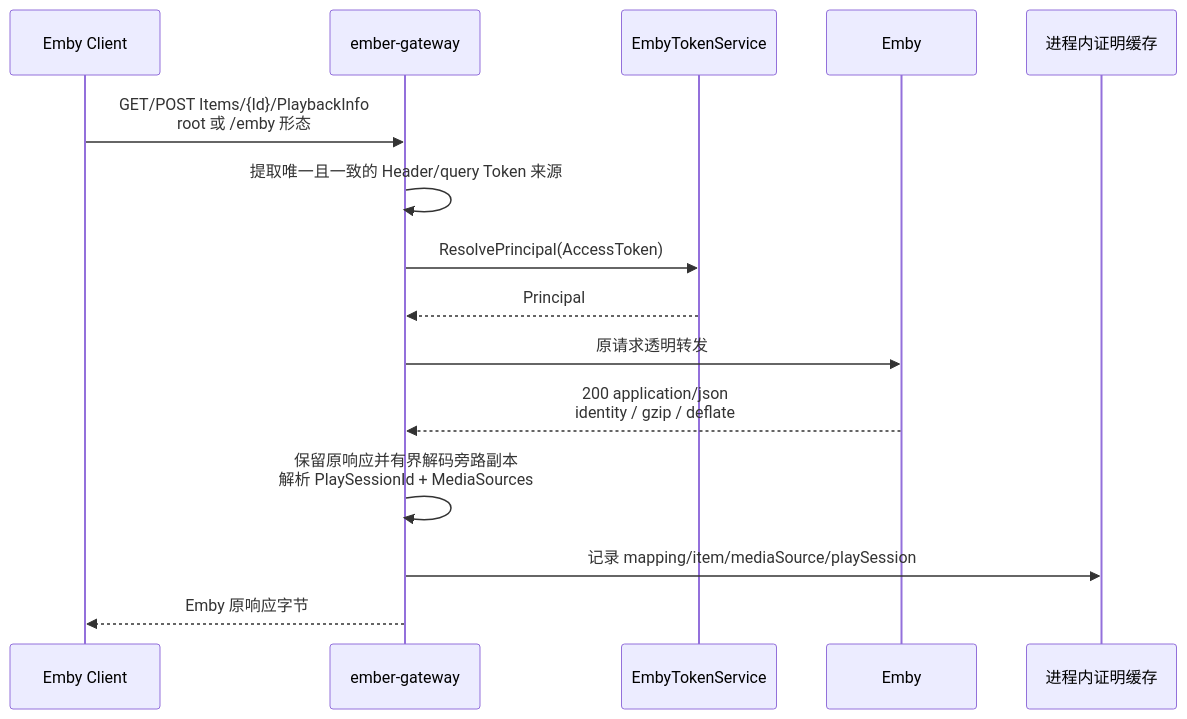
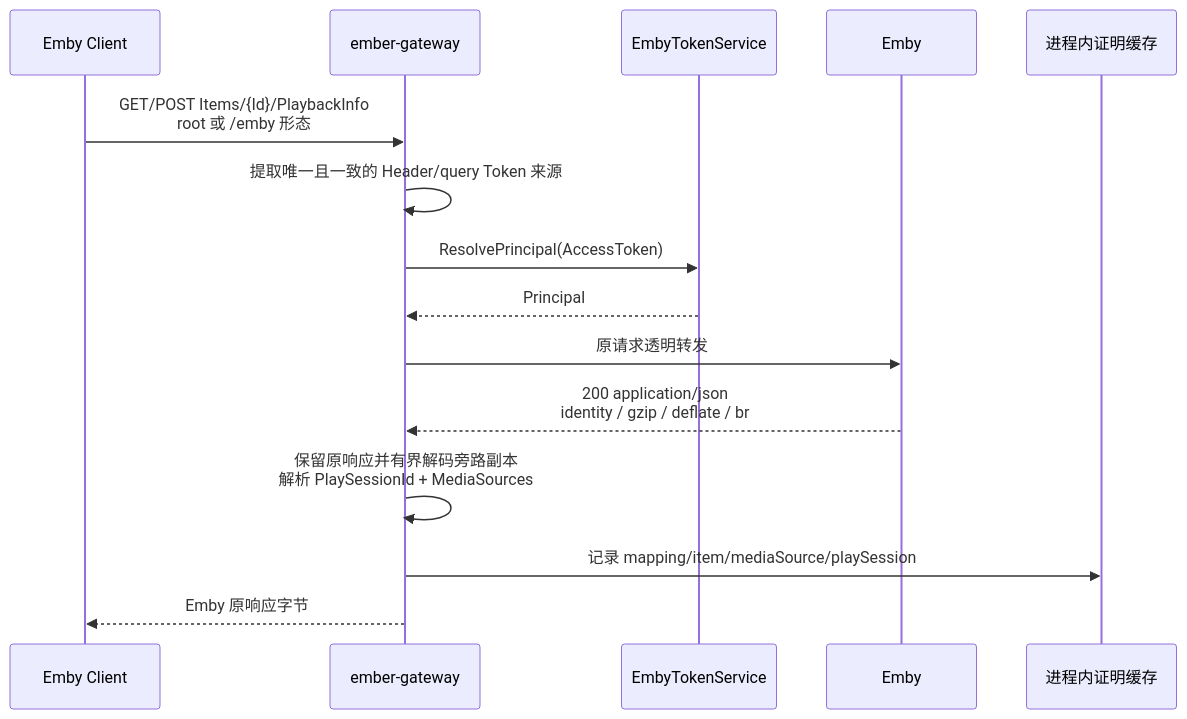
Before and after one commit to konghanghang/ember: the fifth of 8 diagrams in docs/reference/p115-playback-end-to-end-flow.md, drawn with Mermaid. The commit also changed other lines of this file and 13 other files, not shown here.

First line of the commit message:
fix(gateway): 修复 Emby Web 登录与图片代理

````diff
--- a/docs/reference/p115-playback-end-to-end-flow.md
+++ b/docs/reference/p115-playback-end-to-end-flow.md
@@ -214,18 +215,18 @@
 ```mermaid
 sequenceDiagram
     participant Client as Emby Client
     participant Gateway as ember-gateway
     participant Token as EmbyTokenService
     participant Emby as Emby
     participant Proof as 进程内证明缓存
 
     Client->>Gateway: GET/POST Items/{Id}/PlaybackInfo<br/>root 或 /emby 形态
     Gateway->>Gateway: 提取唯一且一致的 Header/query Token 来源
     Gateway->>Token: ResolvePrincipal(AccessToken)
     Token-->>Gateway: Principal
     Gateway->>Emby: 原请求透明转发
-    Emby-->>Gateway: 200 application/json<br/>identity / gzip / deflate
+    Emby-->>Gateway: 200 application/json<br/>identity / gzip / deflate / br
     Gateway->>Gateway: 保留原响应并有界解码旁路副本<br/>解析 PlaySessionId + MediaSources
     Gateway->>Proof: 记录 mapping/item/mediaSource/playSession
     Gateway-->>Client: Emby 原响应字节
 ```
````
